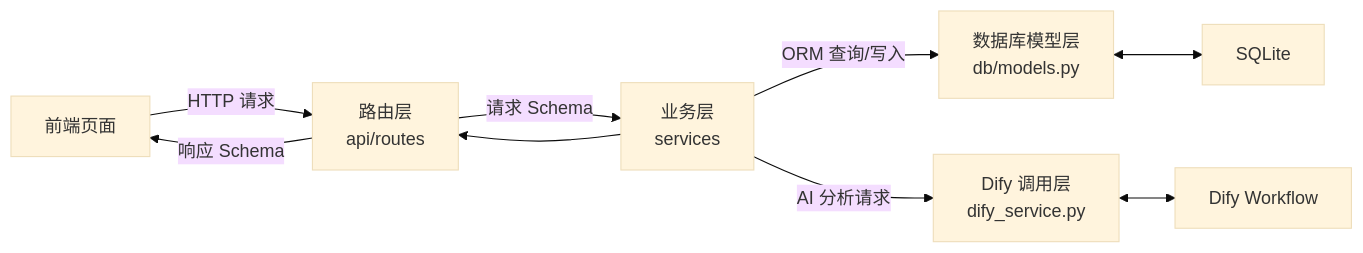
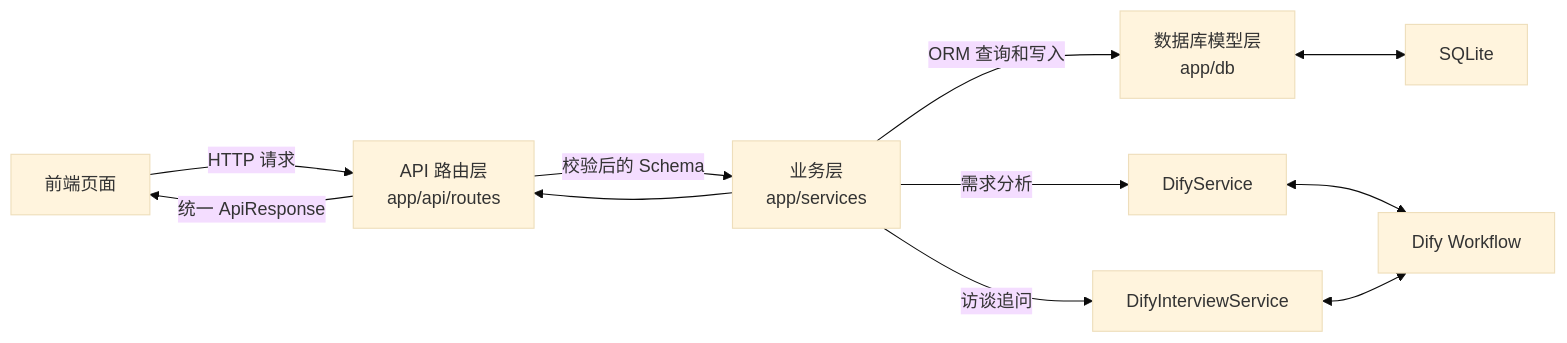
The first of 4 diagrams in backend/v2.0/docs/后端文件分层与字段说明.md (zhanggengyu2-blip/minimal-ai-requirements-agent), drawn with Mermaid (base theme) before and after one commit. The commit also changed other lines of this file and 10 other files, not shown here.

````diff
--- a/backend/v2.0/docs/后端文件分层与字段说明.md
+++ b/backend/v2.0/docs/后端文件分层与字段说明.md
@@ -21,11 +21,13 @@
 ```mermaid
 flowchart LR
-    FE["前端页面"] -->|"HTTP 请求"| Route["路由层<br/>api/routes"]
-    Route -->|"请求 Schema"| Service["业务层<br/>services"]
-    Service -->|"ORM 查询/写入"| DBModel["数据库模型层<br/>db/models.py"]
+    FE["前端页面"] -->|"HTTP 请求"| Route["API 路由层<br/>app/api/routes"]
+    Route -->|"校验后的 Schema"| Service["业务层<br/>app/services"]
+    Service -->|"ORM 查询和写入"| DBModel["数据库模型层<br/>app/db"]
     DBModel <--> SQLite["SQLite"]
-    Service -->|"AI 分析请求"| DifyService["Dify 调用层<br/>dify_service.py"]
+    Service -->|"需求分析"| DifyService["DifyService"]
+    Service -->|"访谈追问"| InterviewDify["DifyInterviewService"]
     DifyService <--> Dify["Dify Workflow"]
+    InterviewDify <--> Dify
     Service --> Route
-    Route -->|"响应 Schema"| FE
+    Route -->|"统一 ApiResponse"| FE
 ```
````
